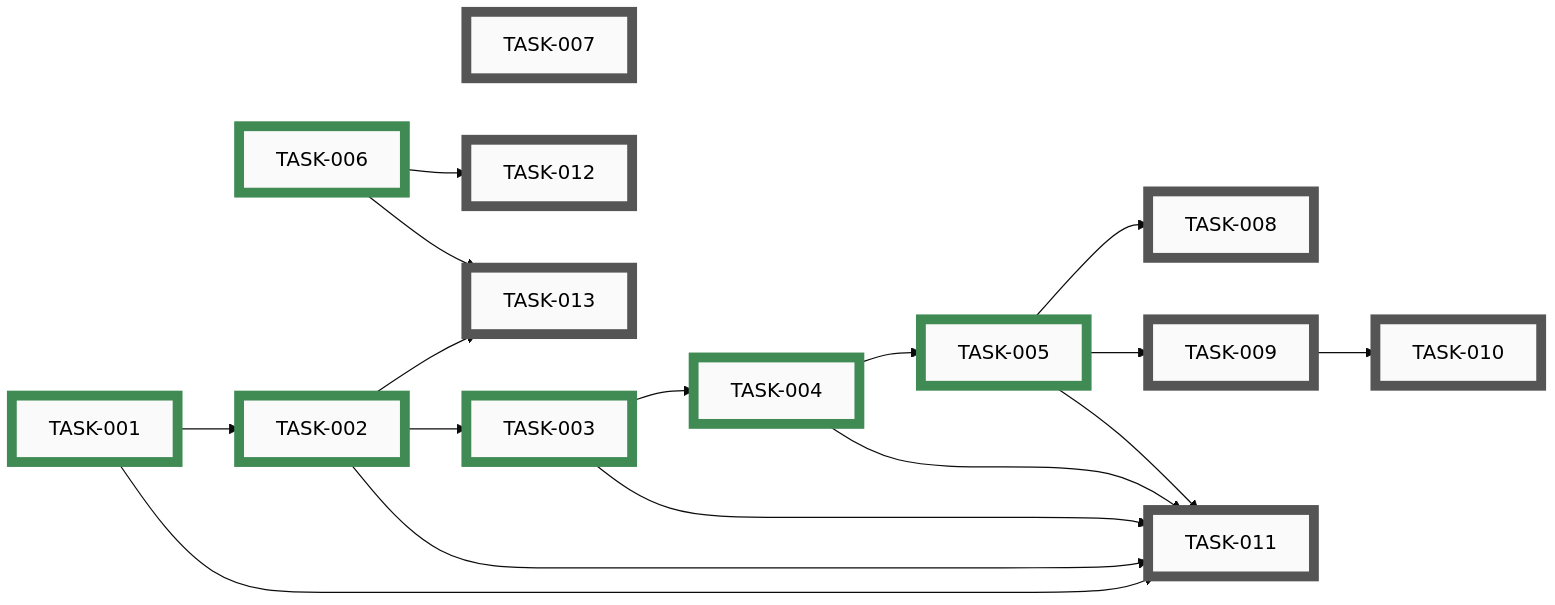
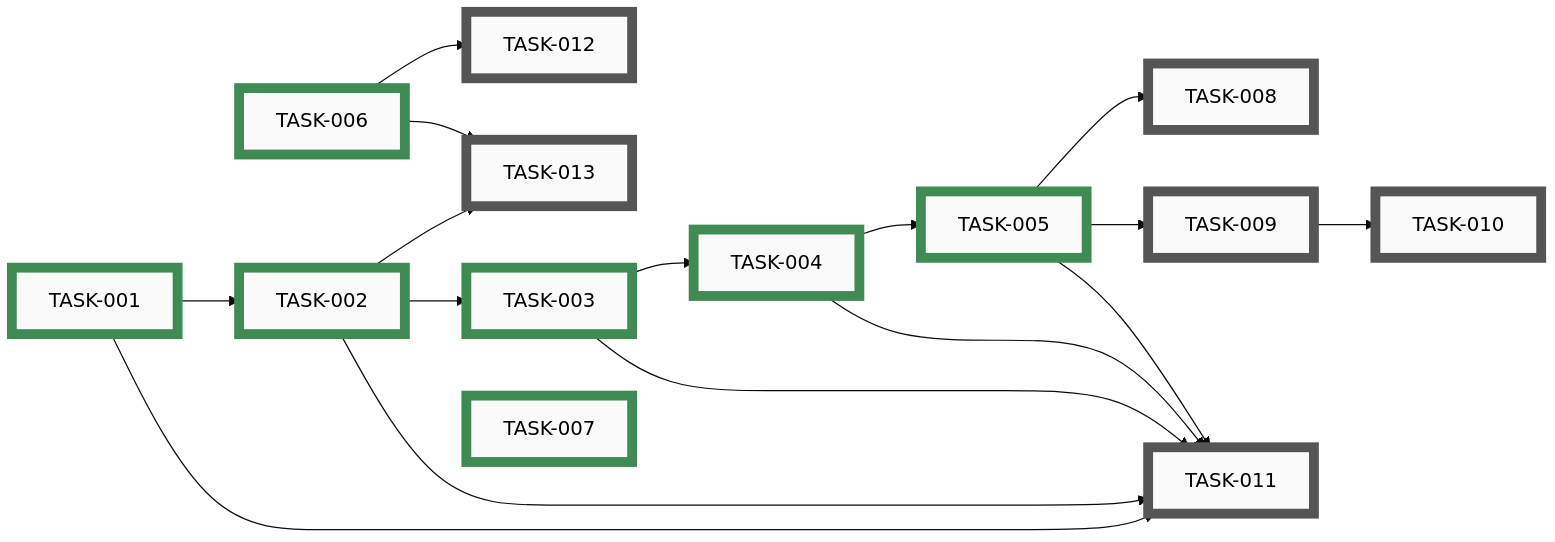
Before and after one commit to tgd1975/PartsLedger: the diagram in docs/developers/tasks/EPICS.md, drawn with Mermaid (base theme). The commit also changed other lines of this file and 4 other files, not shown here.

First line of the commit message:
close TASK-007: Write docs/developers/ARCHITECTURE.md for PartsLedger

````diff
--- a/docs/developers/tasks/EPICS.md
+++ b/docs/developers/tasks/EPICS.md
@@ -21,53 +21,53 @@
 ```mermaid
 graph LR
-    TASK_007["TASK-007"]:::open
     TASK_008["TASK-008"]:::open
     TASK_009["TASK-009"]:::open
     TASK_010["TASK-010"]:::open
     TASK_011["TASK-011"]:::open
     TASK_012["TASK-012"]:::open
     TASK_013["TASK-013"]:::open
     TASK_001["TASK-001"]:::closed
     TASK_002["TASK-002"]:::closed
     TASK_003["TASK-003"]:::closed
     TASK_004["TASK-004"]:::closed
     TASK_005["TASK-005"]:::closed
     TASK_006["TASK-006"]:::closed
+    TASK_007["TASK-007"]:::closed
     TASK_005 --> TASK_008
     TASK_005 --> TASK_009
     TASK_009 --> TASK_010
     TASK_001 --> TASK_011
     TASK_002 --> TASK_011
     TASK_003 --> TASK_011
     TASK_004 --> TASK_011
     TASK_005 --> TASK_011
     TASK_006 --> TASK_012
     TASK_002 --> TASK_013
     TASK_006 --> TASK_013
     TASK_001 --> TASK_002
     TASK_002 --> TASK_003
     TASK_003 --> TASK_004
     TASK_004 --> TASK_005
     TASK_001 ~~~ TASK_006 ~~~ TASK_007
-    click TASK_007 "open/task-007-architecture-doc.md"
     click TASK_008 "open/task-008-security-review-hooks.md"
     click TASK_009 "open/task-009-codeowner-mechanism.md"
     click TASK_010 "open/task-010-codeowner-starter-skills.md"
     click TASK_011 "open/task-011-claude-md-rewrite.md"
     click TASK_012 "open/task-012-epic-run-and-autonomy.md"
     click TASK_013 "open/task-013-apply-branch-protection.md"
     click TASK_001 "closed/task-001-delete-sync-layer.md"
     click TASK_002 "closed/task-002-python-skeleton.md"
     click TASK_003 "closed/task-003-replace-pre-commit.md"
     click TASK_004 "closed/task-004-upgrade-commit-skill.md"
     click TASK_005 "closed/task-005-settings-json.md"
     click TASK_006 "closed/task-006-docs-verbatim-port.md"
+    click TASK_007 "closed/task-007-architecture-doc.md"
     classDef open    fill:#FAFAFA,stroke:#555,stroke-width:8px,color:#000
     classDef active  fill:#FAFAFA,stroke:#1A6FA8,stroke-width:8px,color:#000
     classDef closed  fill:#FAFAFA,stroke:#3F8B53,stroke-width:8px,color:#000
     classDef paused  fill:#FAFAFA,stroke:#B07810,stroke-width:8px,color:#000
     classDef openExt    fill:#000,stroke:#888,stroke-width:8px,color:#FFF
     classDef activeExt  fill:#000,stroke:#3FA9F5,stroke-width:8px,color:#FFF
     classDef closedExt  fill:#000,stroke:#7CC68A,stroke-width:8px,color:#FFF
     classDef pausedExt  fill:#000,stroke:#F0B030,stroke-width:8px,color:#FFF
 ```
````
